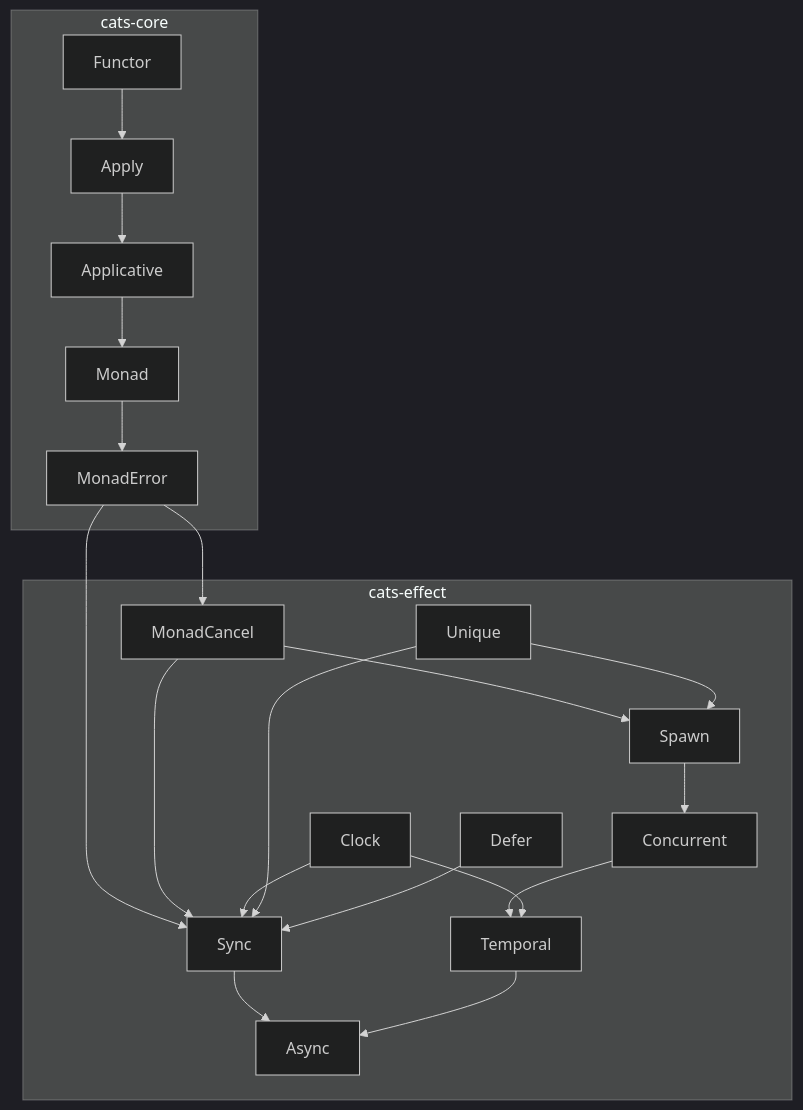
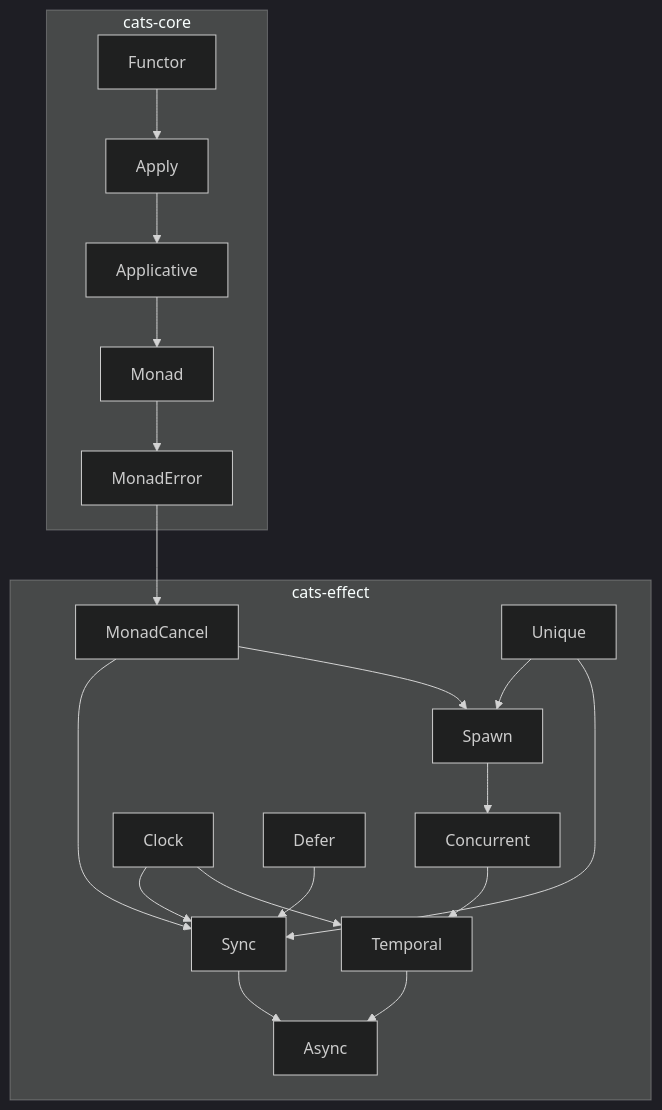
Before and after one commit to artemkorsakov/scalabook: the diagram in docs/cats-effect/typeclasses.md, drawn with Mermaid (dark theme). The commit also changed 2 other files, not shown here.

Commit message:
Add Cats-effect sections

````diff
--- a/docs/cats-effect/typeclasses.md
+++ b/docs/cats-effect/typeclasses.md
@@ -119,27 +119,26 @@
 ```mermaid
 graph TB
     subgraph cats-core
         A[Functor] --> B[Apply] --> C[Applicative] --> D[Monad] --> E[MonadError]
     end
     
     subgraph cats-effect
-        E --> F[Sync]
         E --> J[MonadCancel]
-        
+        J ----> F[Sync]
+
         F --> H[Async]
         
         J --> K[Spawn]
         K --> L[Concurrent]
         L --> G[Temporal]
         G --> H[Async]
 
-        J ----> F
         I[Clock] --> F
         I --> G
         
         M[Unique] --> K
         M --> F
         
         N[Defer] --> F
     end
 ```
````
